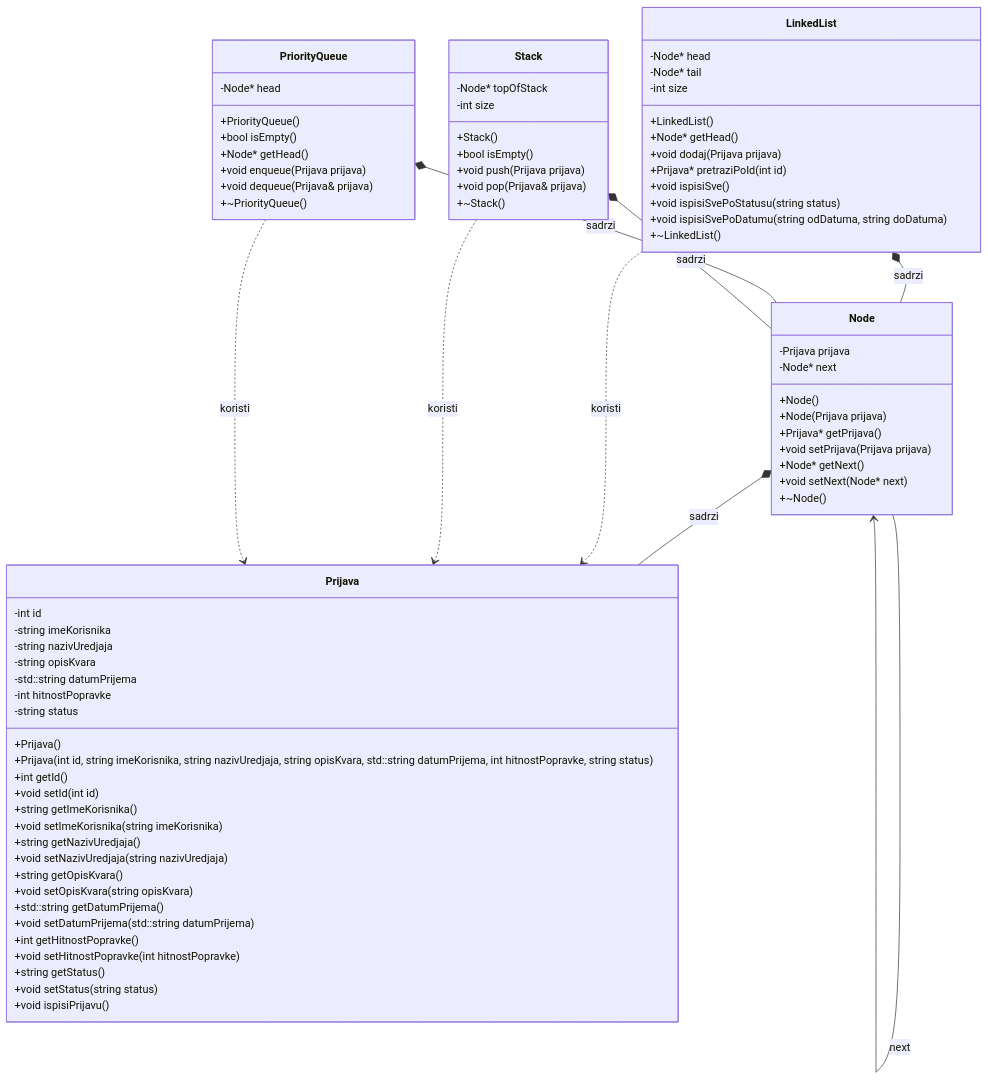
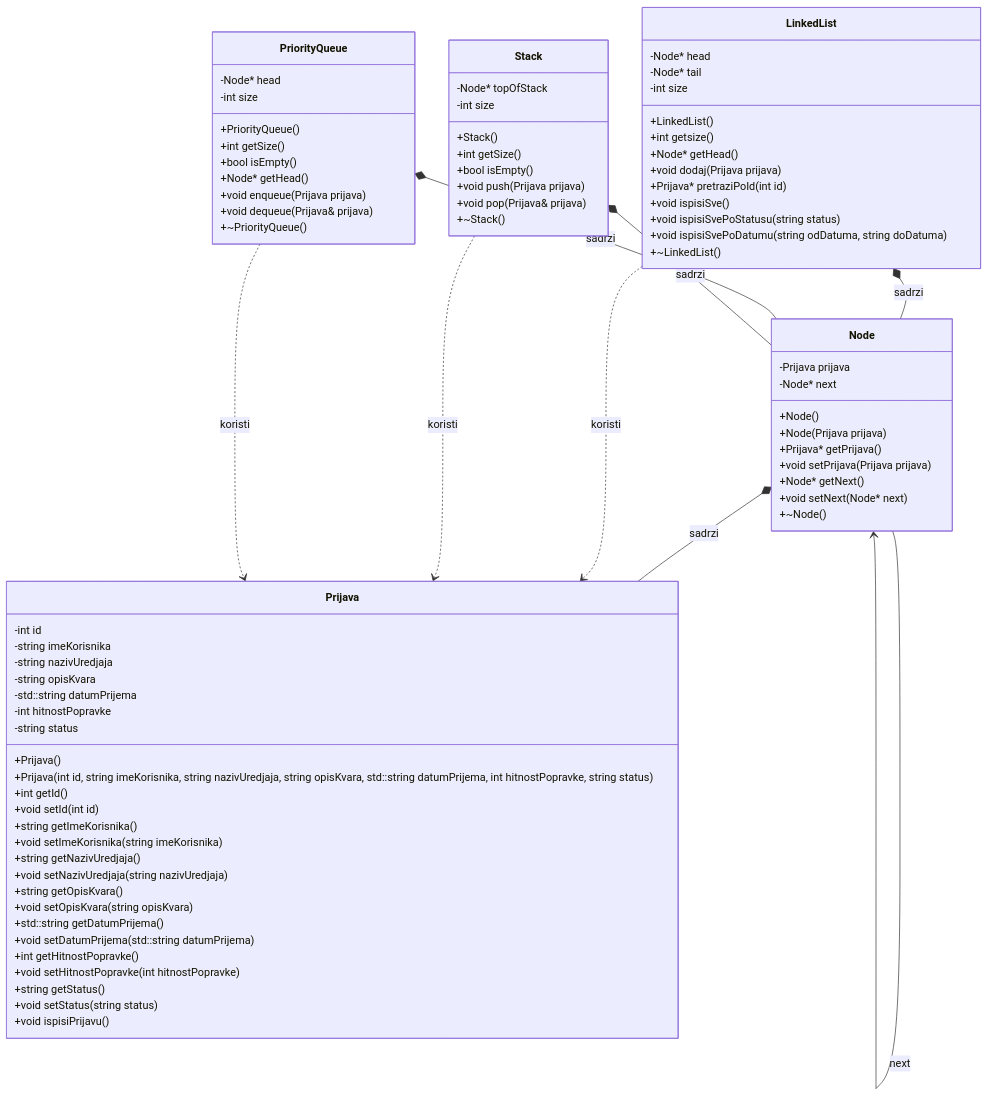
The diagram in README.md (janantelj/Zadaca1), drawn with Mermaid before and after one commit. The commit also changed 7 other files, not shown here.

```diff
--- a/README.md
+++ b/README.md
@@ -67,6 +67,7 @@
         -int size
 
         +LinkedList()
+        +int getsize()
         +Node* getHead()
         +void dodaj(Prijava prijava)
         +Prijava* pretraziPoId(int id)
@@ -81,6 +82,7 @@
         -int size
 
         +Stack()
+        +int getSize()
         +bool isEmpty()
         +void push(Prijava prijava)
         +void pop(Prijava& prijava)
@@ -89,8 +91,10 @@
 
     class PriorityQueue{
         -Node* head
+        -int size
 
         +PriorityQueue()
+        +int getSize()
         +bool isEmpty()
         +Node* getHead()
         +void enqueue(Prijava prijava)
```
